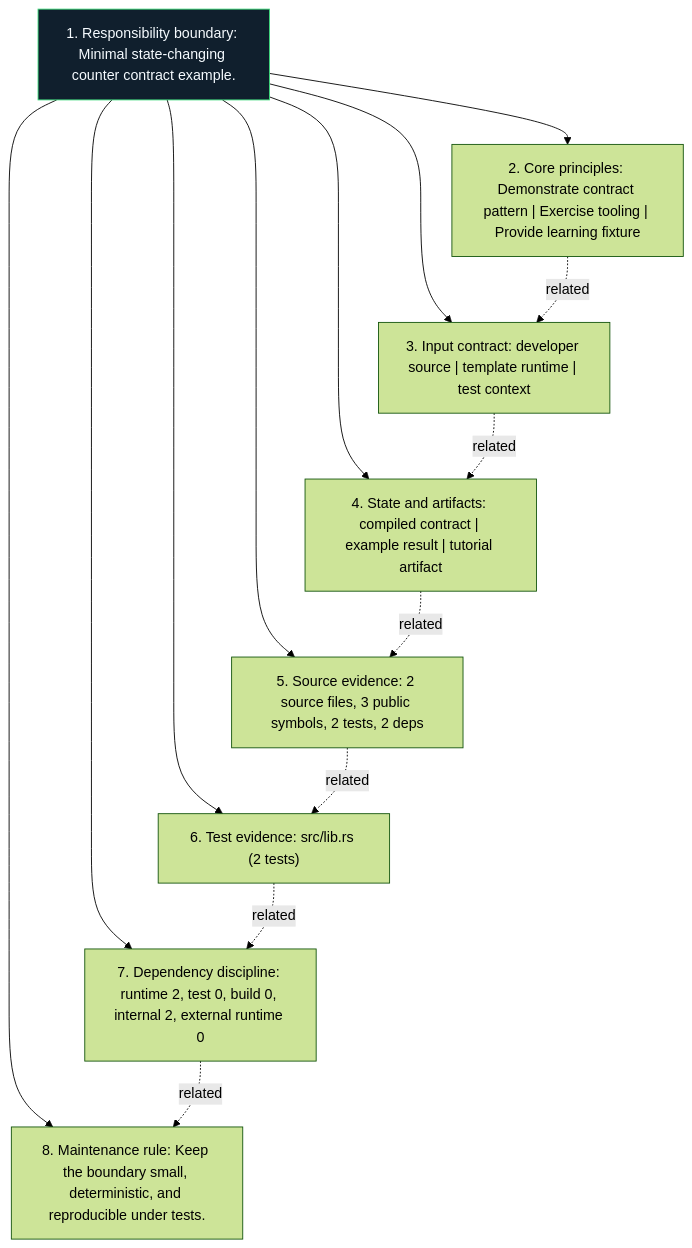
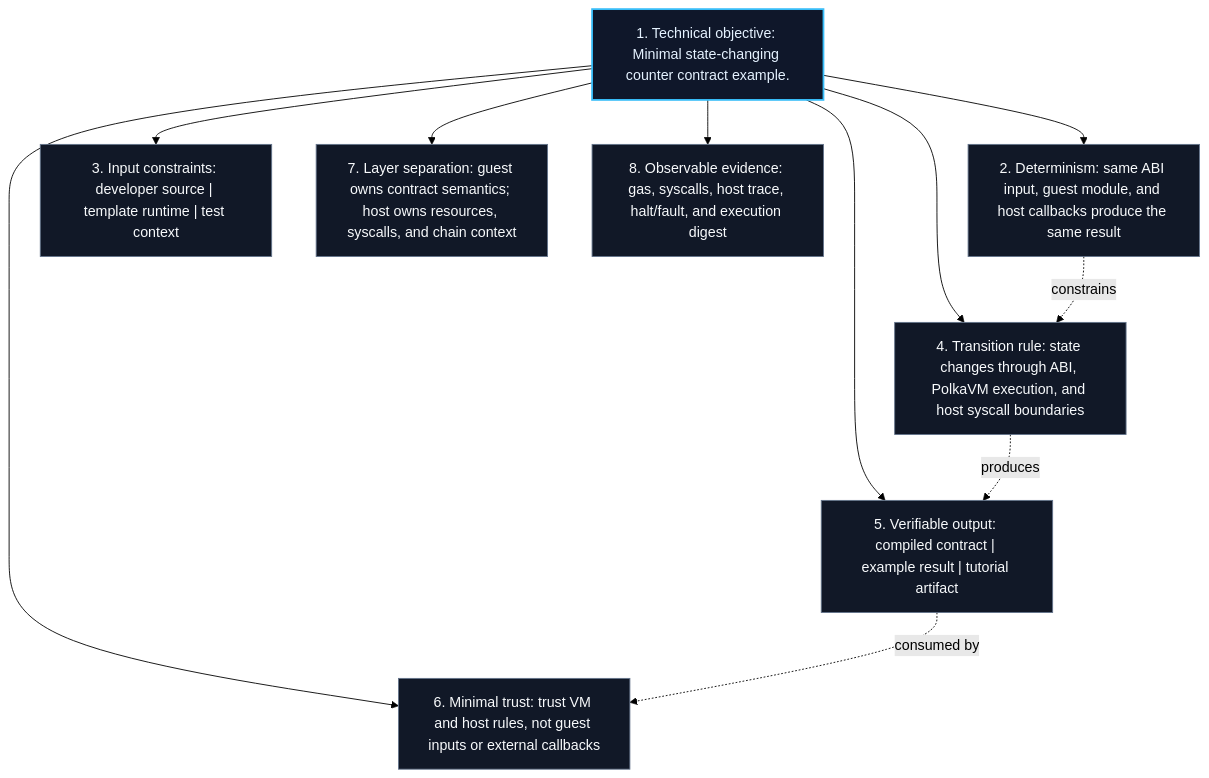
One commit to r3e-network/neo-riscv-vm changed the diagram in examples/counter/docs/figures/principles.mmd. Above: the diagram before and after it, drawn with Mermaid (forest theme). The commit also changed 831 other files, not shown here.

Commit message:
Replace crate diagrams with technical views

```diff
--- a/examples/counter/docs/figures/principles.mmd
+++ b/examples/counter/docs/figures/principles.mmd
@@ -1,24 +1,23 @@
 flowchart TB
-    N1["1. Responsibility boundary: Minimal state-changing counter contract example."]
-    N2["2. Core principles: Demonstrate contract pattern | Exercise tooling | Provide learning fixture"]
-    N3["3. Input contract: developer source | template runtime | test context"]
-    N4["4. State and artifacts: compiled contract | example result | tutorial artifact"]
-    N5["5. Source evidence: 2 source files, 3 public symbols, 2 tests, 2 deps"]
-    N6["6. Test evidence: src/lib.rs (2 tests)"]
-    N7["7. Dependency discipline: runtime 2, test 0, build 0, internal 2, external runtime 0"]
-    N8["8. Maintenance rule: Keep the boundary small, deterministic, and reproducible under tests."]
+    N1["1. Technical objective: Minimal state-changing counter contract example."]
+    N2["2. Determinism: same ABI input, guest module, and host callbacks produce the same result"]
+    N3["3. Input constraints: developer source | template runtime | test context"]
+    N4["4. Transition rule: state changes through ABI, PolkaVM execution, and host syscall boundaries"]
+    N5["5. Verifiable output: compiled contract | example result | tutorial artifact"]
+    N6["6. Minimal trust: trust VM and host rules, not guest inputs or external callbacks"]
+    N7["7. Layer separation: guest owns contract semantics; host owns resources, syscalls, and chain context"]
+    N8["8. Observable evidence: gas, syscalls, host trace, halt/fault, and execution digest"]
     N1 --> N2
     N1 --> N3
     N1 --> N4
     N1 --> N5
     N1 --> N6
     N1 --> N7
     N1 --> N8
-    N2 -. related .-> N3
-    N3 -. related .-> N4
-    N4 -. related .-> N5
-    N5 -. related .-> N6
-    N6 -. related .-> N7
-    N7 -. related .-> N8
-    classDef crate fill:#101f2d,stroke:#38d978,color:#f6fbff
-    class N1 crate
+    N2 -. constrains .-> N4
+    N4 -. produces .-> N5
+    N5 -. consumed by .-> N6
+    classDef core fill:#0f172a,stroke:#38bdf8,color:#e5f2ff,stroke-width:2px;
+    classDef support fill:#111827,stroke:#64748b,color:#f8fafc;
+    class N1 core;
+    class N2,N3,N4,N5,N6,N7,N8 support;
```
